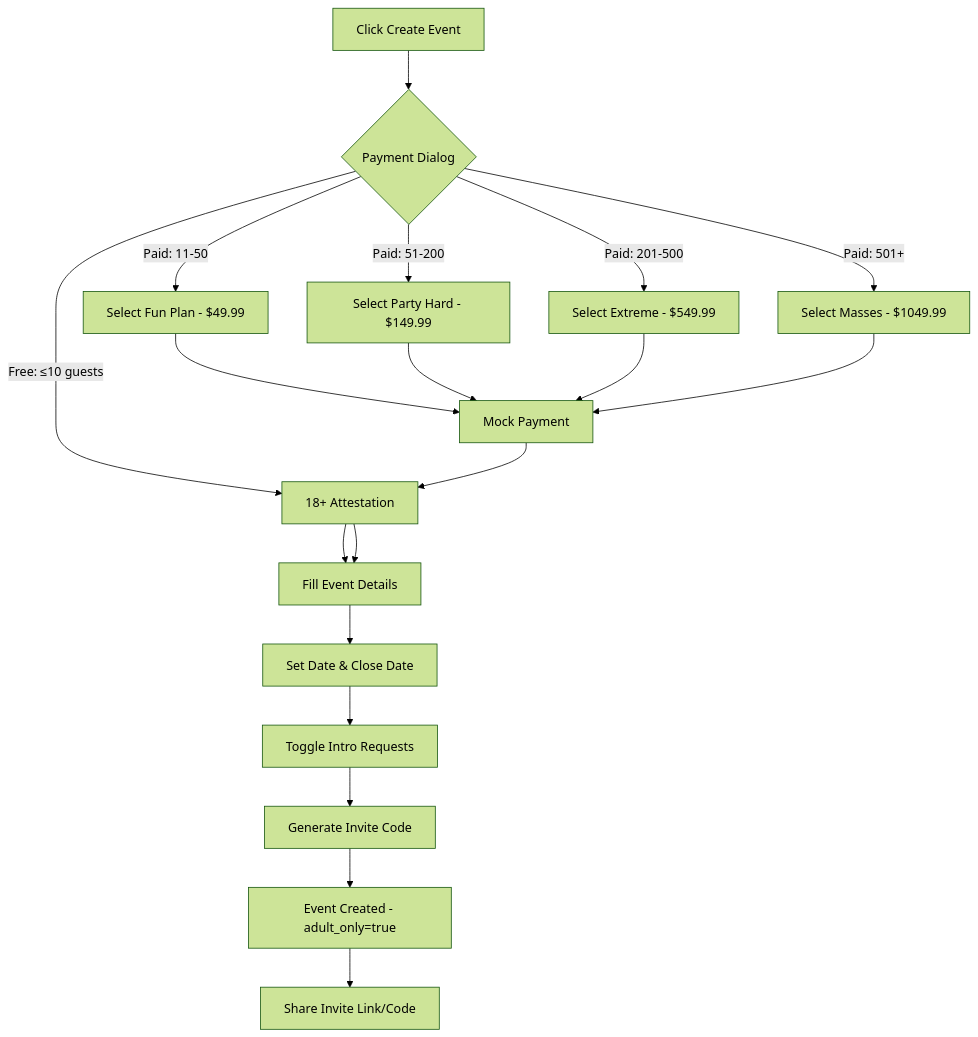
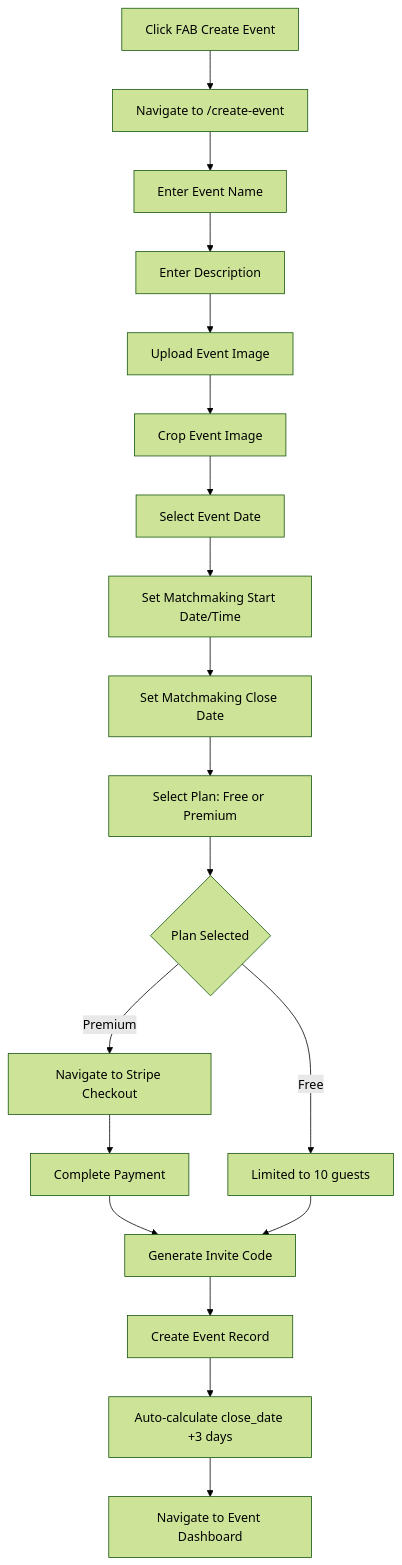
One commit to ketochiesesoyyo/konfetti-capacitor-integration changed the second of 12 diagrams in PRODUCT_REQUIREMENTS_DOCUMENT.md. Above: the diagram before and after it, drawn with Mermaid (forest theme). The commit also changed other lines of this file, not shown here.

Commit message:
feat: Implement PRD update plan

````diff
--- a/PRODUCT_REQUIREMENTS_DOCUMENT.md
+++ b/PRODUCT_REQUIREMENTS_DOCUMENT.md
@@ -1149,21 +3158,21 @@
 ```mermaid
 graph TD
-    A[Click Create Event] --> B{Payment Dialog}
-    B --> |Free: ≤10 guests| C[18+ Attestation]
-    B --> |Paid: 11-50| D[Select Fun Plan - $49.99]
-    B --> |Paid: 51-200| E[Select Party Hard - $149.99]
-    B --> |Paid: 201-500| F[Select Extreme - $549.99]
-    B --> |Paid: 501+| G[Select Masses - $1049.99]
-    C --> H[Fill Event Details]
-    D --> I[Mock Payment]
-    E --> I
-    F --> I
-    G --> I
-    I --> C
-    C --> H
-    H --> J[Set Date & Close Date]
-    J --> K[Toggle Intro Requests]
-    K --> L[Generate Invite Code]
-    L --> M[Event Created - adult_only=true]
-    M --> N[Share Invite Link/Code]
+    A[Click FAB Create Event] --> B[Navigate to /create-event]
+    B --> C[Enter Event Name]
+    C --> D[Enter Description]
+    D --> E[Upload Event Image]
+    E --> F[Crop Event Image]
+    F --> G[Select Event Date]
+    G --> H[Set Matchmaking Start Date/Time]
+    H --> I[Set Matchmaking Close Date]
+    I --> J[Select Plan: Free or Premium]
+    J --> K{Plan Selected}
+    K -->|Free| L[Limited to 10 guests]
+    K -->|Premium| M[Navigate to Stripe Checkout]
+    M --> N[Complete Payment]
+    N --> O[Generate Invite Code]
+    L --> O
+    O --> P[Create Event Record]
+    P --> Q[Auto-calculate close_date +3 days]
+    Q --> R[Navigate to Event Dashboard]
 ```
````
